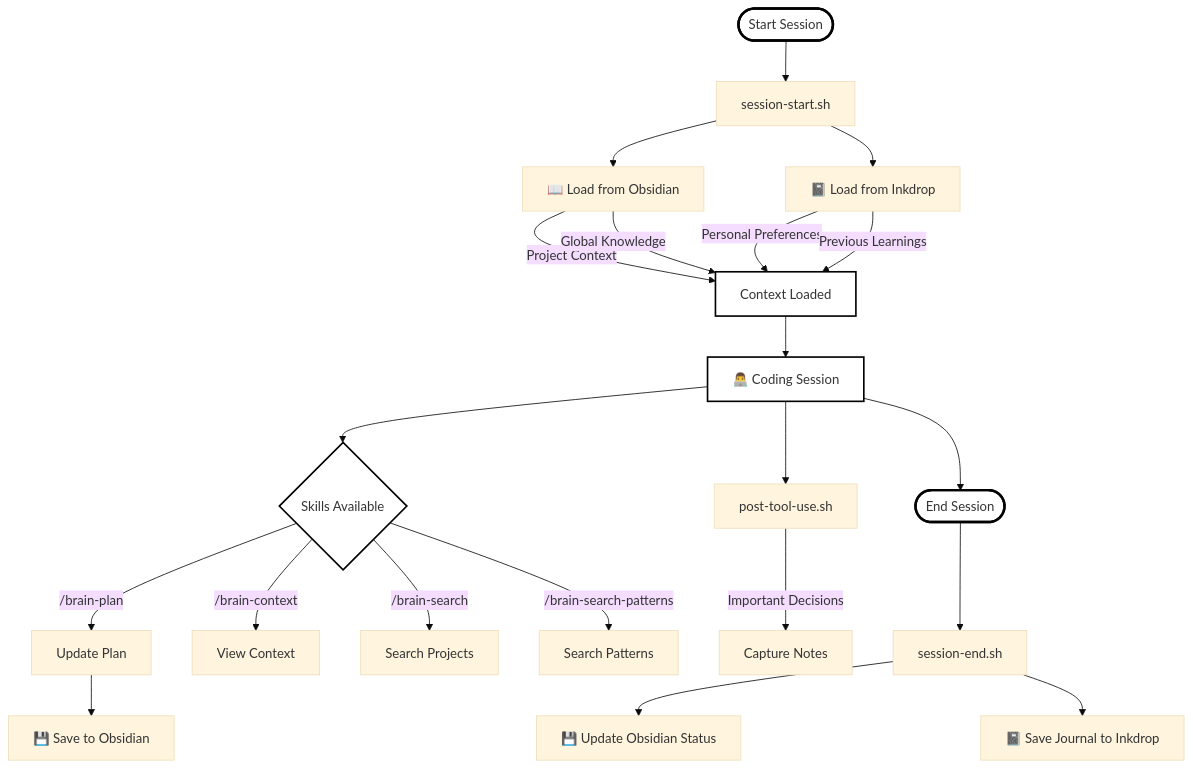
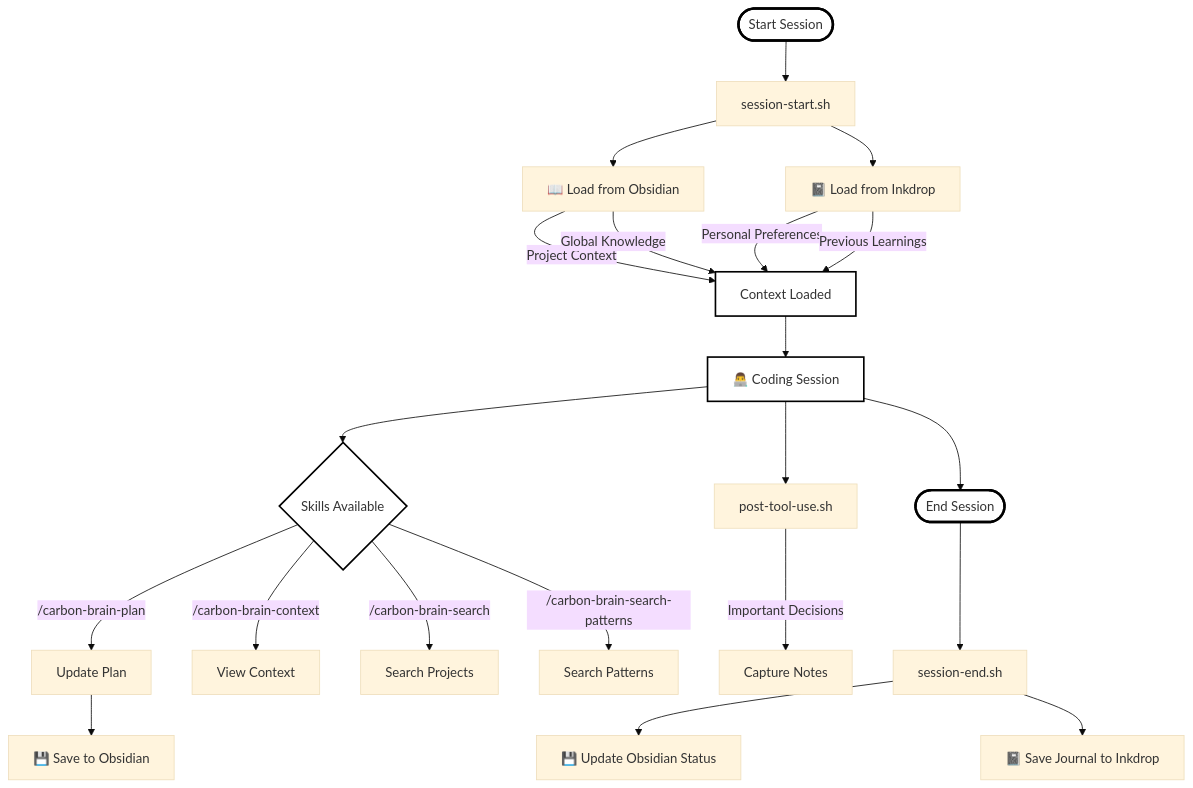
One commit to marcoscarbonera/carbon-claude-brain changed the first of 2 diagrams in README.md. Above: the diagram before and after it, drawn with Mermaid (base theme). The commit also changed other lines of this file and 34 other files, not shown here.

````diff
--- a/README.md
+++ b/README.md
@@ -11,35 +11,35 @@
 ```mermaid
 flowchart TB
     Start([Start Session]) --> Hook1[session-start.sh]
     Hook1 --> Obs1[📖 Load from Obsidian]
     Hook1 --> Ink1[📓 Load from Inkdrop]
 
     Obs1 --> |Project Context|Load[Context Loaded]
     Obs1 --> |Global Knowledge|Load
     Ink1 --> |Personal Preferences|Load
     Ink1 --> |Previous Learnings|Load
 
     Load --> Work[👨‍💻 Coding Session]
 
     Work --> Skills{Skills Available}
-    Skills --> |/brain-plan|PlanSkill[Update Plan]
-    Skills --> |/brain-context|CtxSkill[View Context]
-    Skills --> |/brain-search|SearchSkill[Search Projects]
-    Skills --> |/brain-search-patterns|PatternSkill[Search Patterns]
+    Skills --> |/carbon-brain-plan|PlanSkill[Update Plan]
+    Skills --> |/carbon-brain-context|CtxSkill[View Context]
+    Skills --> |/carbon-brain-search|SearchSkill[Search Projects]
+    Skills --> |/carbon-brain-search-patterns|PatternSkill[Search Patterns]
 
     PlanSkill --> SaveObs[💾 Save to Obsidian]
 
     Work --> Hook2[post-tool-use.sh]
     Hook2 --> |Important Decisions|Capture[Capture Notes]
 
     Work --> End([End Session])
     End --> Hook3[session-end.sh]
     Hook3 --> SaveObs2[💾 Update Obsidian Status]
     Hook3 --> SaveInk[📓 Save Journal to Inkdrop]
 
     style Start fill:#fff,stroke:#000,stroke-width:3px
     style End fill:#fff,stroke:#000,stroke-width:3px
     style Work fill:#fff,stroke:#000,stroke-width:2px
     style Load fill:#fff,stroke:#000,stroke-width:2px
     style Skills fill:#fff,stroke:#000,stroke-width:2px
 ```
````
